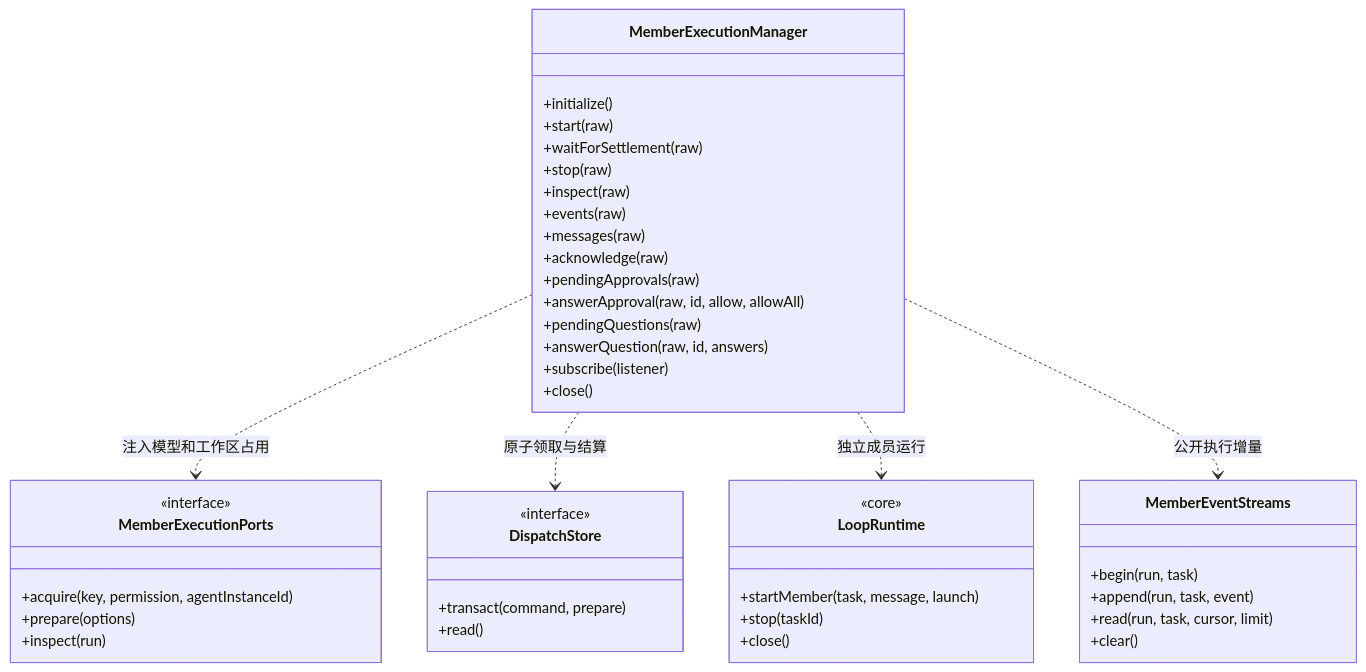
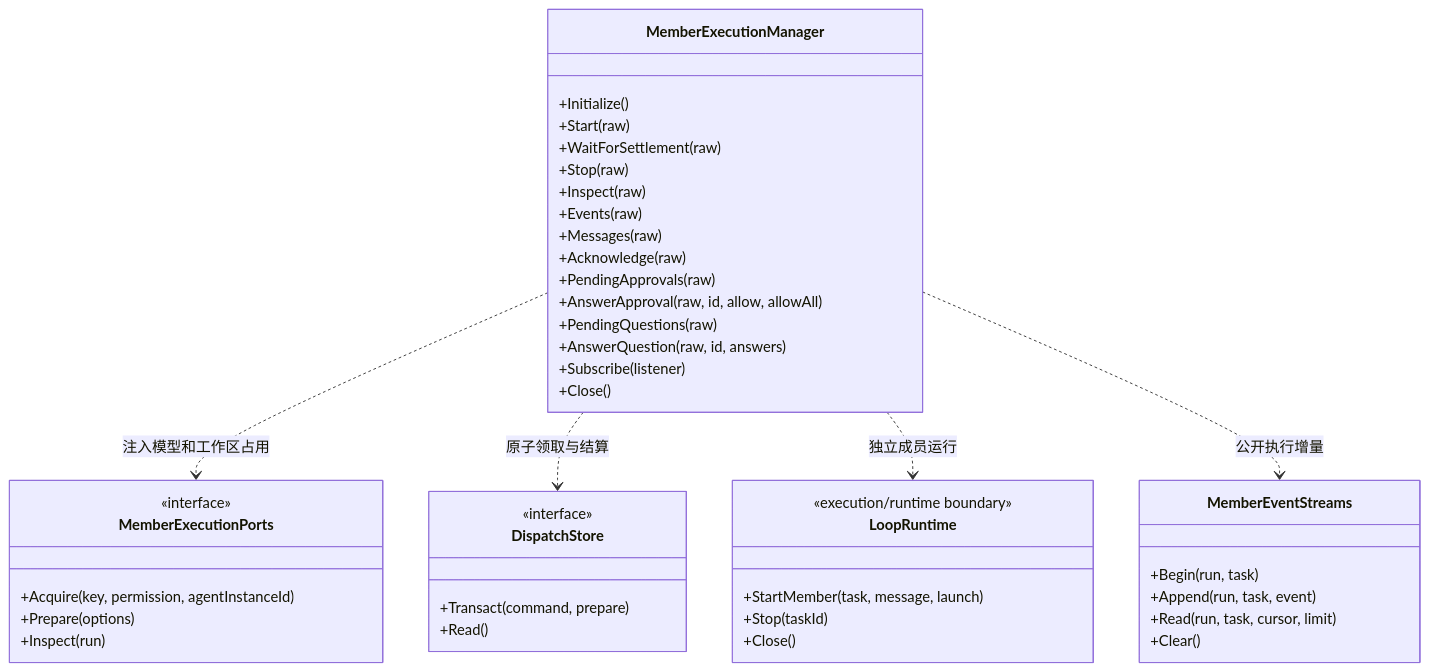
The second of 8 diagrams in src/logic/ARCHITECTURE.md (nan023062/cbim), drawn with Mermaid before and after one commit. The commit also changed other lines of this file and 112 other files, not shown here.

Commit message:
docs: align source architecture with current declarations and contracts

````diff
--- a/src/logic/ARCHITECTURE.md
+++ b/src/logic/ARCHITECTURE.md
@@ -359,46 +364,46 @@
 ```mermaid
 classDiagram
 class MemberExecutionManager {
-  +initialize()
-  +start(raw)
-  +waitForSettlement(raw)
-  +stop(raw)
-  +inspect(raw)
-  +events(raw)
-  +messages(raw)
-  +acknowledge(raw)
-  +pendingApprovals(raw)
-  +answerApproval(raw, id, allow, allowAll)
-  +pendingQuestions(raw)
-  +answerQuestion(raw, id, answers)
-  +subscribe(listener)
-  +close()
+  +Initialize()
+  +Start(raw)
+  +WaitForSettlement(raw)
+  +Stop(raw)
+  +Inspect(raw)
+  +Events(raw)
+  +Messages(raw)
+  +Acknowledge(raw)
+  +PendingApprovals(raw)
+  +AnswerApproval(raw, id, allow, allowAll)
+  +PendingQuestions(raw)
+  +AnswerQuestion(raw, id, answers)
+  +Subscribe(listener)
+  +Close()
 }
 class MemberExecutionPorts {
   <<interface>>
-  +acquire(key, permission, agentInstanceId)
-  +prepare(options)
-  +inspect(run)
+  +Acquire(key, permission, agentInstanceId)
+  +Prepare(options)
+  +Inspect(run)
 }
 class DispatchStore {
   <<interface>>
-  +transact(command, prepare)
-  +read()
+  +Transact(command, prepare)
+  +Read()
 }
 class LoopRuntime {
-  <<core>>
-  +startMember(task, message, launch)
-  +stop(taskId)
-  +close()
+  <<execution/runtime boundary>>
+  +StartMember(task, message, launch)
+  +Stop(taskId)
+  +Close()
 }
 MemberExecutionManager ..> MemberExecutionPorts : 注入模型和工作区占用
 MemberExecutionManager ..> DispatchStore : 原子领取与结算
 MemberExecutionManager ..> LoopRuntime : 独立成员运行
 class MemberEventStreams {
-  +begin(run, task)
-  +append(run, task, event)
-  +read(run, task, cursor, limit)
-  +clear()
+  +Begin(run, task)
+  +Append(run, task, event)
+  +Read(run, task, cursor, limit)
+  +Clear()
 }
 MemberExecutionManager ..> MemberEventStreams : 公开执行增量
 ```
````
